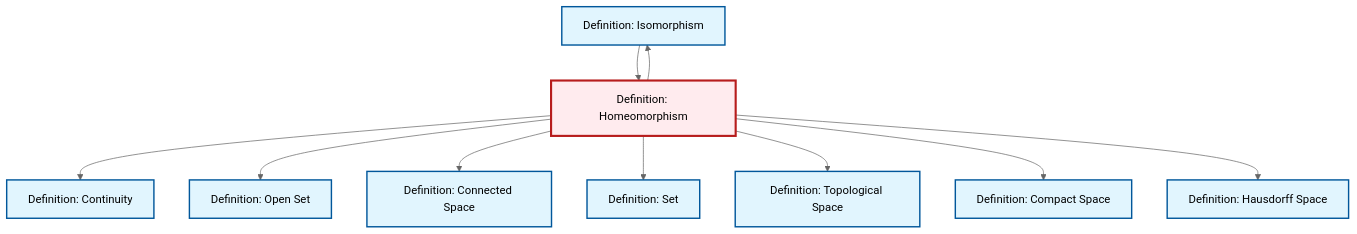
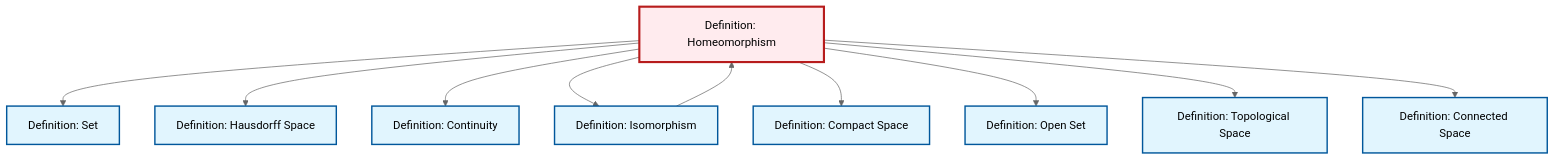
One commit to RK0429/ModernMath changed the diagram in content/en/topology/def-homeomorphism.qmd. Above: the diagram before and after it, drawn with Mermaid (neutral theme). The commit also changed other lines of this file and 497 other files, not shown here.

````diff
--- a/content/en/topology/def-homeomorphism.qmd
+++ b/content/en/topology/def-homeomorphism.qmd
@@ -99,36 +99,36 @@
 ```{mermaid}
 %%| fig-cap: "Local dependency graph"
 graph TD
     classDef definition fill:#e1f5fe,stroke:#01579b,stroke-width:2px
     classDef theorem fill:#f3e5f5,stroke:#4a148c,stroke-width:2px
     classDef axiom fill:#fff3e0,stroke:#e65100,stroke-width:2px
     classDef example fill:#e8f5e9,stroke:#1b5e20,stroke-width:2px
     classDef current fill:#ffebee,stroke:#b71c1c,stroke-width:3px
-    def-open-set["Definition: Open Set"]:::definition
-    def-topological-space["Definition: Topological Space"]:::definition
-    def-isomorphism["Definition: Isomorphism"]:::definition
     def-compact["Definition: Compact Space"]:::definition
     def-hausdorff["Definition: Hausdorff Space"]:::definition
+    def-set["Definition: Set"]:::definition
+    def-homeomorphism["Definition: Homeomorphism"]:::definition
+    def-isomorphism["Definition: Isomorphism"]:::definition
+    def-continuity["Definition: Continuity"]:::definition
+    def-topological-space["Definition: Topological Space"]:::definition
     def-connected["Definition: Connected Space"]:::definition
-    def-homeomorphism["Definition: Homeomorphism"]:::definition
-    def-set["Definition: Set"]:::definition
-    def-continuity["Definition: Continuity"]:::definition
+    def-open-set["Definition: Open Set"]:::definition
+    def-homeomorphism --> def-set
+    def-isomorphism --> def-homeomorphism
+    def-homeomorphism --> def-hausdorff
+    def-homeomorphism --> def-continuity
     def-homeomorphism --> def-isomorphism
-    def-homeomorphism --> def-continuity
+    def-homeomorphism --> def-compact
     def-homeomorphism --> def-open-set
+    def-homeomorphism --> def-topological-space
     def-homeomorphism --> def-connected
-    def-homeomorphism --> def-set
-    def-homeomorphism --> def-topological-space
-    def-isomorphism --> def-homeomorphism
-    def-homeomorphism --> def-compact
-    def-homeomorphism --> def-hausdorff
     class def-homeomorphism current
-    click def-open-set "def-open-set.html" "Go to Open Set definition"
-    click def-topological-space "def-topological-space.html" "Go to Topological Space definition"
-    click def-isomorphism "def-isomorphism.html" "Go to Isomorphism definition"
     click def-compact "def-compact.html" "Go to Compact Space definition"
     click def-hausdorff "def-hausdorff.html" "Go to Hausdorff Space definition"
+    click def-set "def-set.html" "Go to Set definition"
+    click def-isomorphism "def-isomorphism.html" "Go to Isomorphism definition"
+    click def-continuity "def-continuity.html" "Go to Continuity definition"
+    click def-topological-space "def-topological-space.html" "Go to Topological Space definition"
     click def-connected "def-connected.html" "Go to Connected Space definition"
-    click def-set "def-set.html" "Go to Set definition"
-    click def-continuity "def-continuity.html" "Go to Continuity definition"
+    click def-open-set "def-open-set.html" "Go to Open Set definition"
 ```
````
